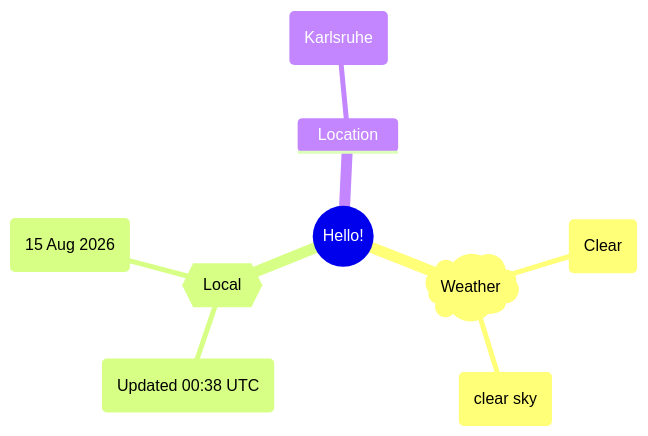
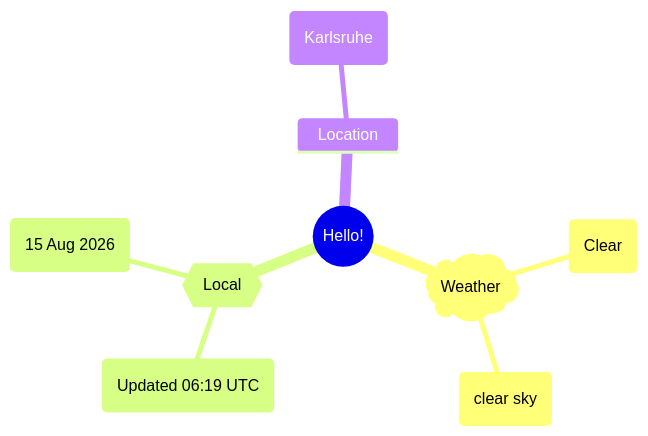
The first of 2 diagrams in README.md (Xosrov/Xosrov), drawn with Mermaid before and after one commit.

Commit message:
[bot] updated images

````diff
--- a/README.md
+++ b/README.md
@@ -3,12 +3,12 @@
 ```mermaid
 mindmap
   root((Hello!))
     )Weather(
         (Clear)
         (clear sky)
     {{Local}}
-        (Updated 00:38 UTC)
+        (Updated 06:19 UTC)
         (15 Aug 2026)
     Location
         (Karlsruhe)
 ```
````
